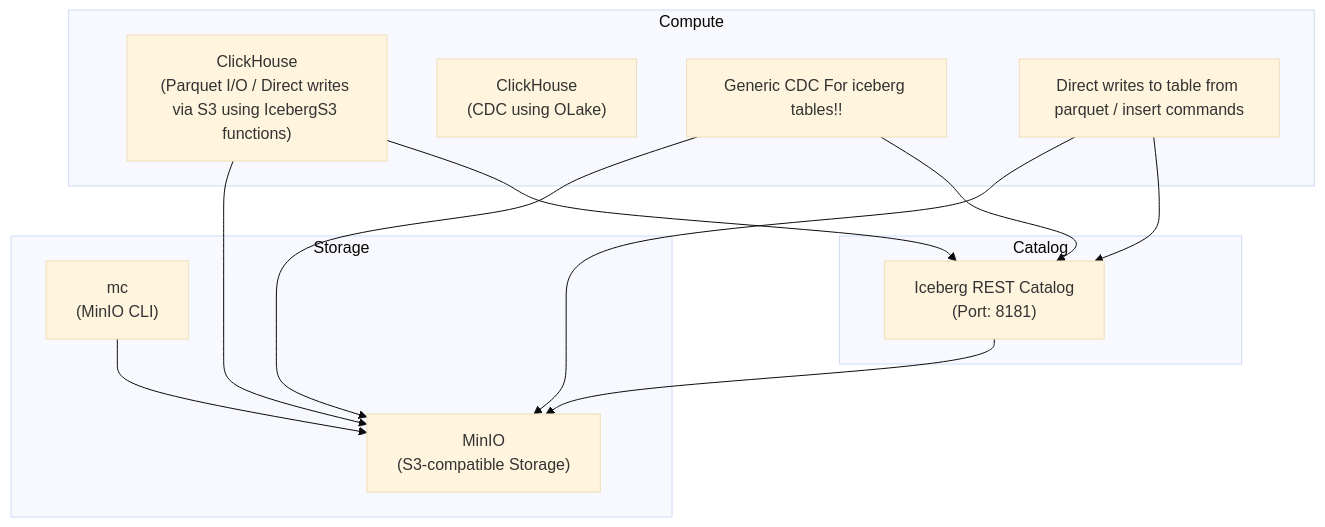
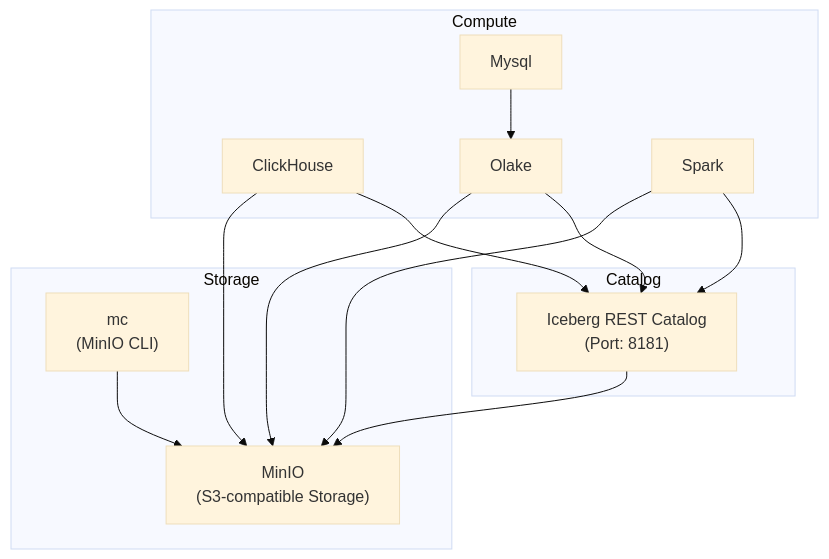
The diagram in open-table-formats/iceberg/poc/clickhouse_writes_patterns/readme.md (saurabhojha/olap-recipes), drawn with Mermaid (base theme) before and after one commit. The commit also changed other lines of this file, not shown here.

````diff
--- a/open-table-formats/iceberg/poc/clickhouse_writes_patterns/readme.md
+++ b/open-table-formats/iceberg/poc/clickhouse_writes_patterns/readme.md
@@ -8,27 +8,28 @@
 ```mermaid
 graph TD
     subgraph Storage
         MINIO["MinIO<br/>(S3-compatible Storage)"]
         MC["mc<br/>(MinIO CLI)"]
     end
 
     subgraph Catalog
         REST["Iceberg REST Catalog<br/>(Port: 8181)"]
     end
 
     subgraph Compute
-        CLICKHOUSE["ClickHouse<br/>(Parquet I/O / Direct writes via S3 using IcebergS3 functions)"]
-        MYSQL["ClickHouse<br/>(CDC using OLake)"]
-        OLAKE["Generic CDC For iceberg tables!!"]
-        SPARK["Direct writes to table from parquet / insert commands"]
+        CLICKHOUSE["ClickHouse"]
+        MYSQL["Mysql"]
+        OLAKE["Olake"]
+        SPARK["Spark"]
     end
 
     MC --> MINIO
     REST --> MINIO
     CLICKHOUSE --> MINIO
     CLICKHOUSE --> REST
+    MYSQL --> OLAKE
     OLAKE --> MINIO
     OLAKE --> REST
     SPARK --> MINIO
     SPARK --> REST
 ```
````
